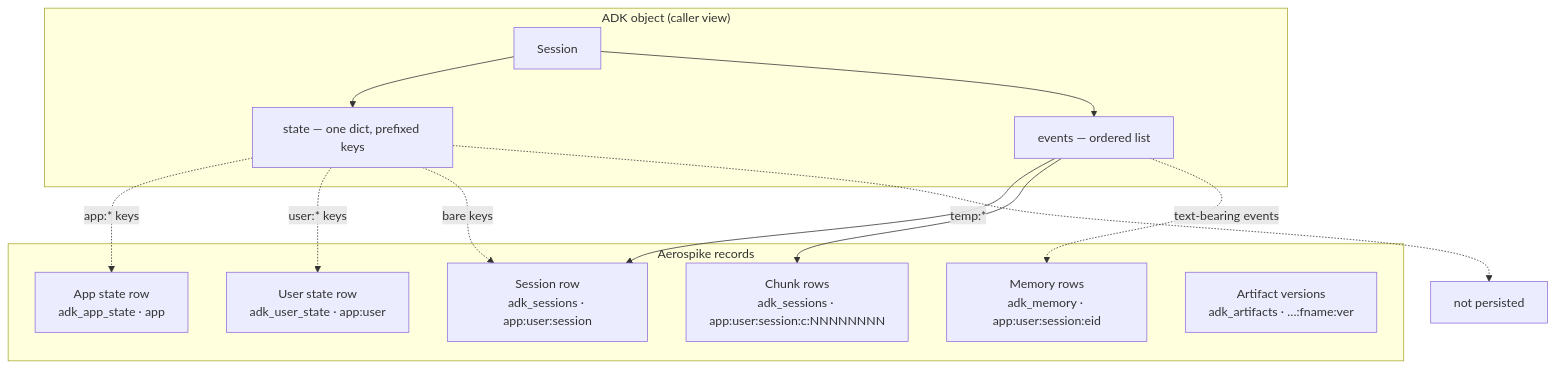
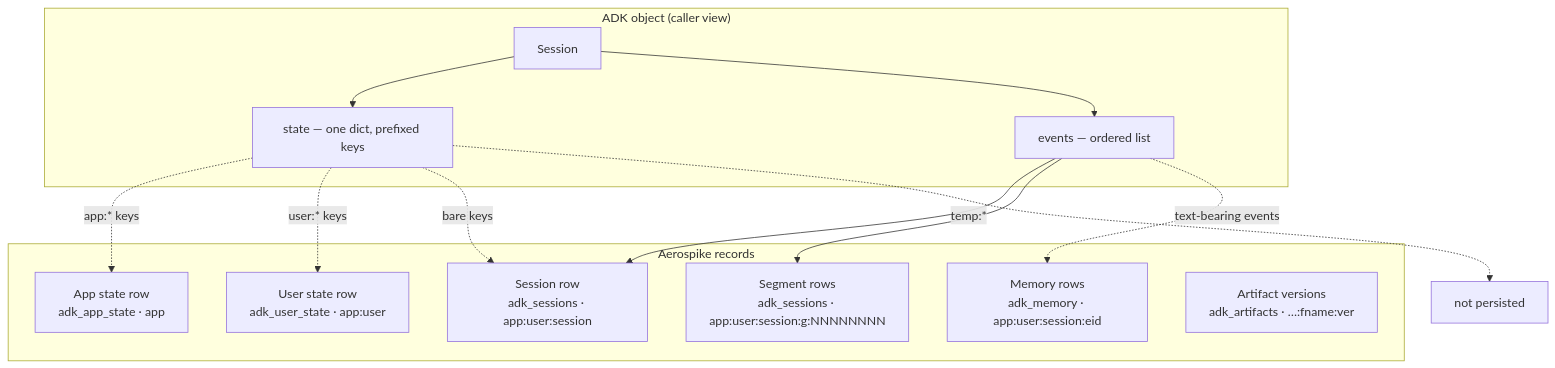
The second of 9 diagrams in docs/data-model.md (aerospike-community/adk-aerospike), drawn with Mermaid before and after one commit. The commit also changed other lines of this file and 16 other files, not shown here.

````diff
--- a/docs/data-model.md
+++ b/docs/data-model.md
@@ -55,25 +55,25 @@
 ```mermaid
 flowchart TB
   subgraph adk["ADK object (caller view)"]
     Ses["Session"]
     Ses --> SState["state — one dict, prefixed keys"]
     Ses --> Evts["events — ordered list"]
   end
 
   subgraph store["Aerospike records"]
     SR["Session row<br/>adk_sessions · app:user:session"]
-    CR["Chunk rows<br/>adk_sessions · app:user:session:c:NNNNNNNN"]
+    CR["Segment rows<br/>adk_sessions · app:user:session:g:NNNNNNNN"]
     APR["App state row<br/>adk_app_state · app"]
     UPR["User state row<br/>adk_user_state · app:user"]
     MR["Memory rows<br/>adk_memory · app:user:session:eid"]
     ARW["Artifact versions<br/>adk_artifacts · …:fname:ver"]
   end
 
   SState -.->|"app:* keys"| APR
   SState -.->|"user:* keys"| UPR
   SState -.->|"bare keys"| SR
   SState -.->|"temp:*"| NP["not persisted"]
   Evts --> SR
   Evts --> CR
   Evts -.->|"text-bearing events"| MR
 ```
````
